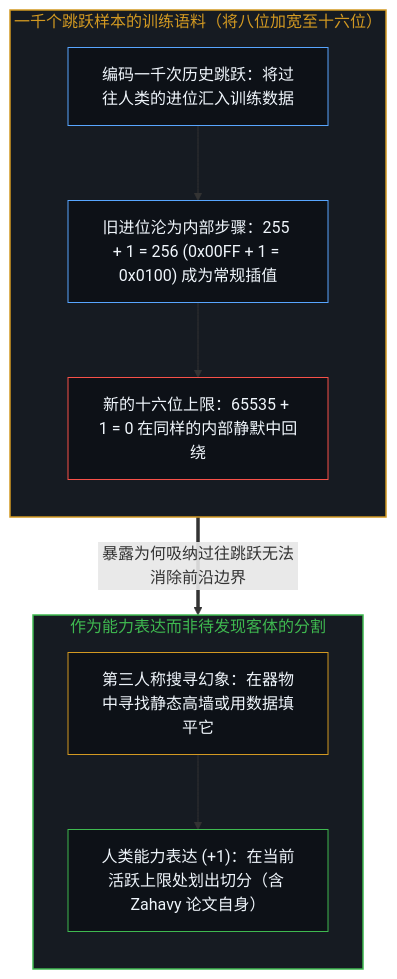
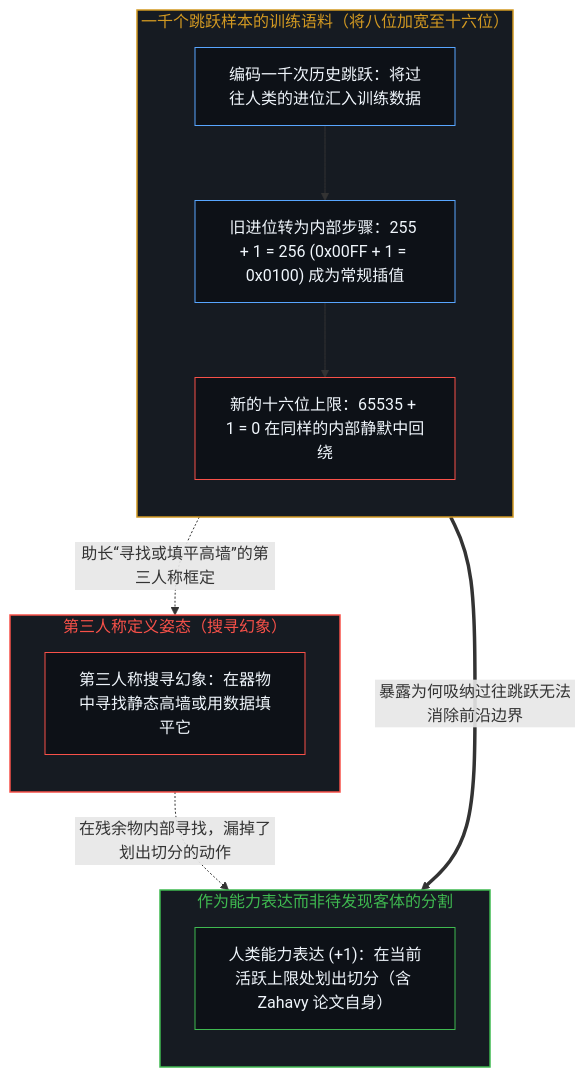
Before and after one commit to powerpig99/not-a-toe: the third of 6 diagrams in content/posts/the-carry-that-cannot-be-named-inside-the-register.md, drawn with Mermaid. The commit also changed other lines of this file and 6 other files, not shown here.

````diff
--- a/content/posts/the-carry-that-cannot-be-named-inside-the-register.md
+++ b/content/posts/the-carry-that-cannot-be-named-inside-the-register.md
@@ -83,24 +83,29 @@
 ```mermaid
 flowchart TD
     subgraph S_Scale["一千个跳跃样本的训练语料（将八位加宽至十六位）"]
         direction TB
         W_Data["编码一千次历史跳跃：将过往人类的进位汇入训练数据"]
-        W_InReg["旧进位沦为内部步骤：255 + 1 = 256 (0x00FF + 1 = 0x0100) 成为常规插值"]
+        W_InReg["旧进位转为内部步骤：255 + 1 = 256 (0x00FF + 1 = 0x0100) 成为常规插值"]
         W_NewCeil["新的十六位上限：65535 + 1 = 0 在同样的内部静默中回绕"]
         W_Data --> W_InReg --> W_NewCeil
     end
+    subgraph S_Illusion["第三人称定义姿态（搜寻幻象）"]
+        direction TB
+        E_Search["第三人称搜寻幻象：在器物中寻找静态高墙或用数据填平它"]
+    end
     subgraph S_Expr["作为能力表达而非待发现客体的分割"]
         direction TB
-        E_Search["第三人称搜寻幻象：在器物中寻找静态高墙或用数据填平它"]
         E_Act["人类能力表达 (+1)：在当前活跃上限处划出切分（含 Zahavy 论文自身）"]
-        E_Search --> E_Act
     end
+    W_InReg -.->|"助长“寻找或填平高墙”的第三人称框定"| E_Search
     W_NewCeil ==>|"暴露为何吸纳过往跳跃无法消除前沿边界"| E_Act
+    E_Search -.->|"在残余物内部寻找，漏掉了划出切分的动作"| E_Act
     style S_Scale fill:#161b22,stroke:#d29922,stroke-width:1.5px,color:#d29922
+    style S_Illusion fill:#161b22,stroke:#f85149,stroke-width:1.5px,color:#f85149
     style S_Expr fill:#161b22,stroke:#3fb950,stroke-width:1.5px,color:#3fb950
     style W_Data fill:#0d1117,stroke:#58a6ff,stroke-width:1px,color:#f0f6fc
     style W_InReg fill:#0d1117,stroke:#58a6ff,stroke-width:1px,color:#f0f6fc
     style W_NewCeil fill:#0d1117,stroke:#f85149,stroke-width:1px,color:#f0f6fc
-    style E_Search fill:#0d1117,stroke:#d29922,stroke-width:1px,color:#f0f6fc
+    style E_Search fill:#0d1117,stroke:#f85149,stroke-width:1px,color:#f0f6fc
     style E_Act fill:#0d1117,stroke:#3fb950,stroke-width:1px,color:#f0f6fc
 ```
````
